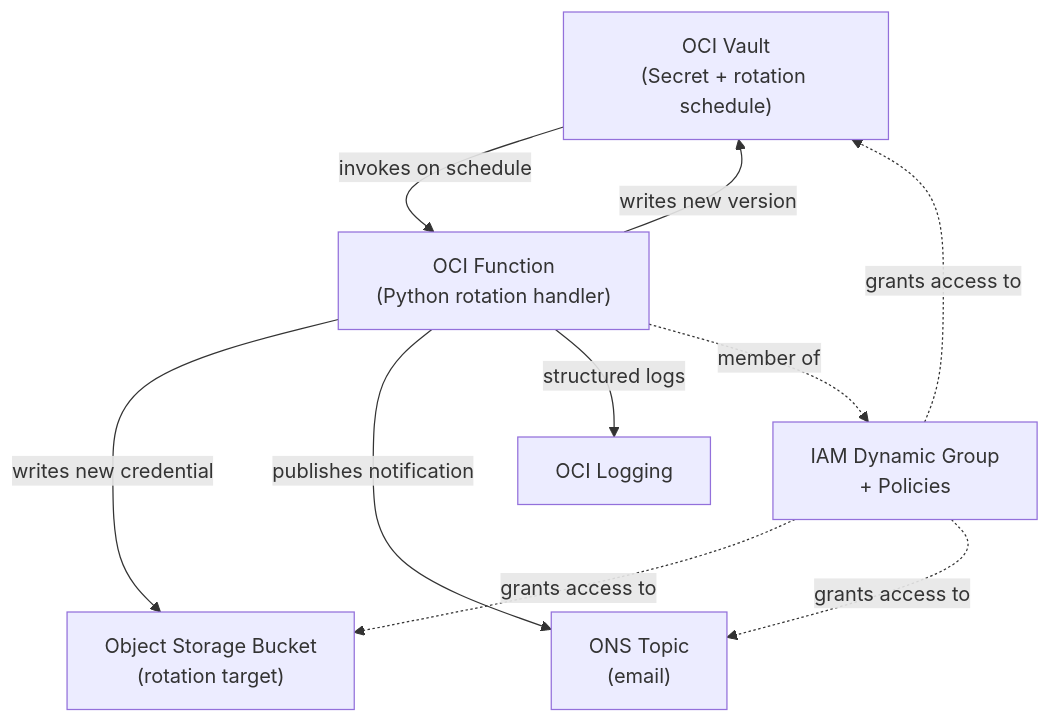
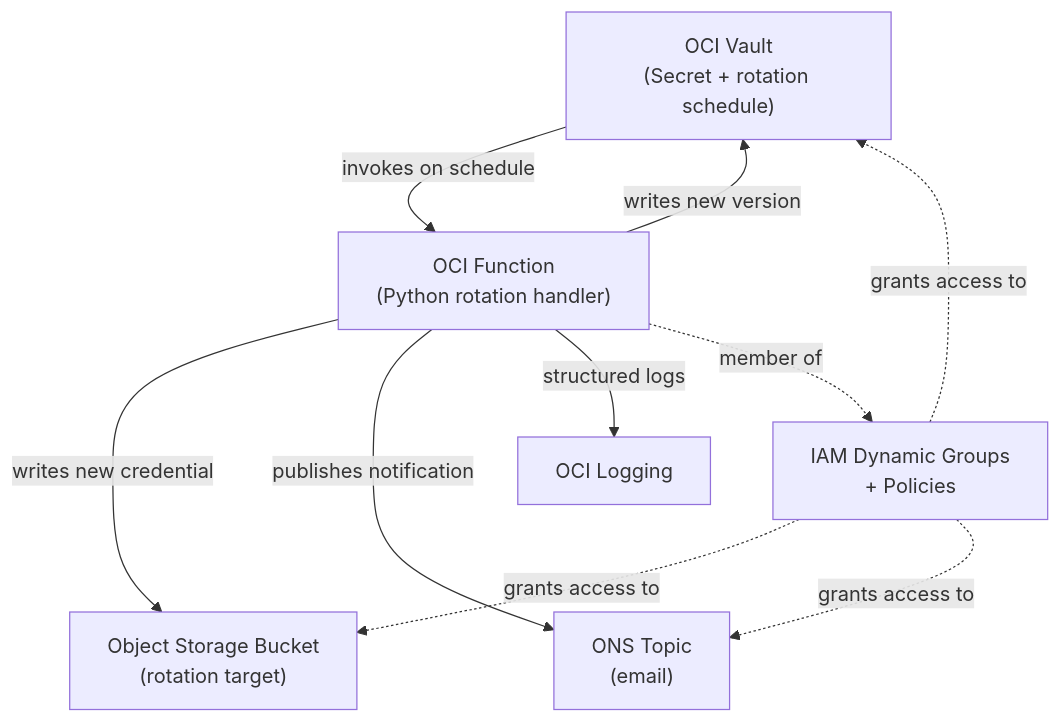
The diagram in README.md (perspectivism/oci-secret-rotation), drawn with Mermaid before and after one commit. The commit also changed other lines of this file and 27 other files, not shown here.

````diff
--- a/README.md
+++ b/README.md
@@ -23,19 +23,19 @@
 ```mermaid
 graph TD
     VS["OCI Vault<br/>(Secret + rotation schedule)"]
     FN["OCI Function<br/>(Python rotation handler)"]
     OS["Object Storage Bucket<br/>(rotation target)"]
     LG["OCI Logging"]
     ONS["ONS Topic<br/>(email)"]
-    DG["IAM Dynamic Group<br/>+ Policies"]
+    DG["IAM Dynamic Groups<br/>+ Policies"]
 
     VS -- "invokes on schedule" --> FN
     FN -- "writes new credential" --> OS
     FN -- "writes new version" --> VS
     FN -- "publishes notification" --> ONS
     FN -- "structured logs" --> LG
     FN -. "member of" .-> DG
     DG -. "grants access to" .-> VS
     DG -. "grants access to" .-> OS
     DG -. "grants access to" .-> ONS
 ```
````
